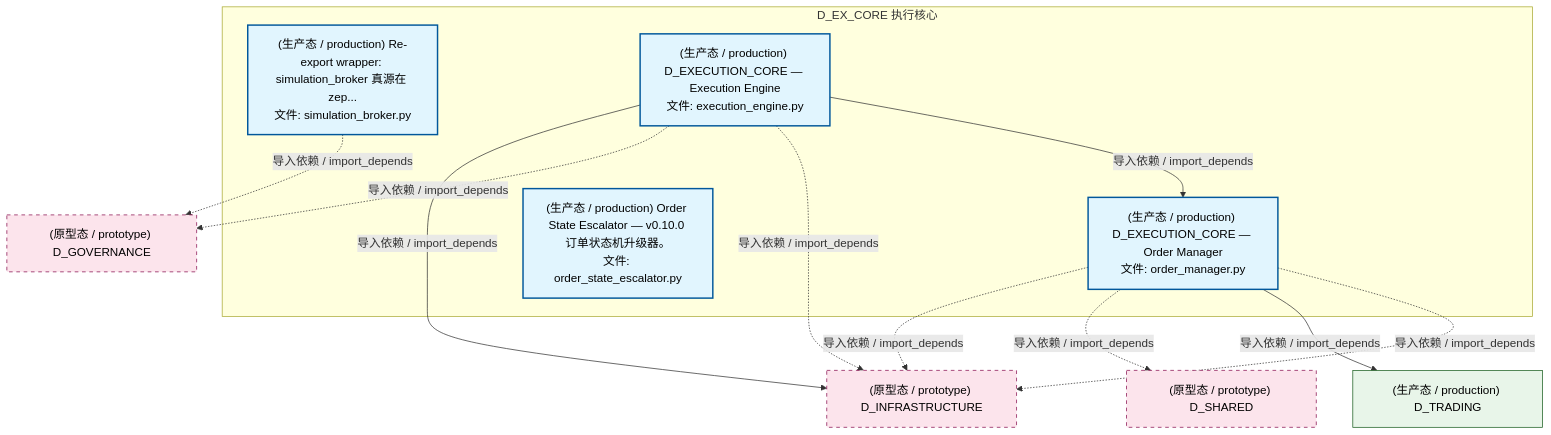
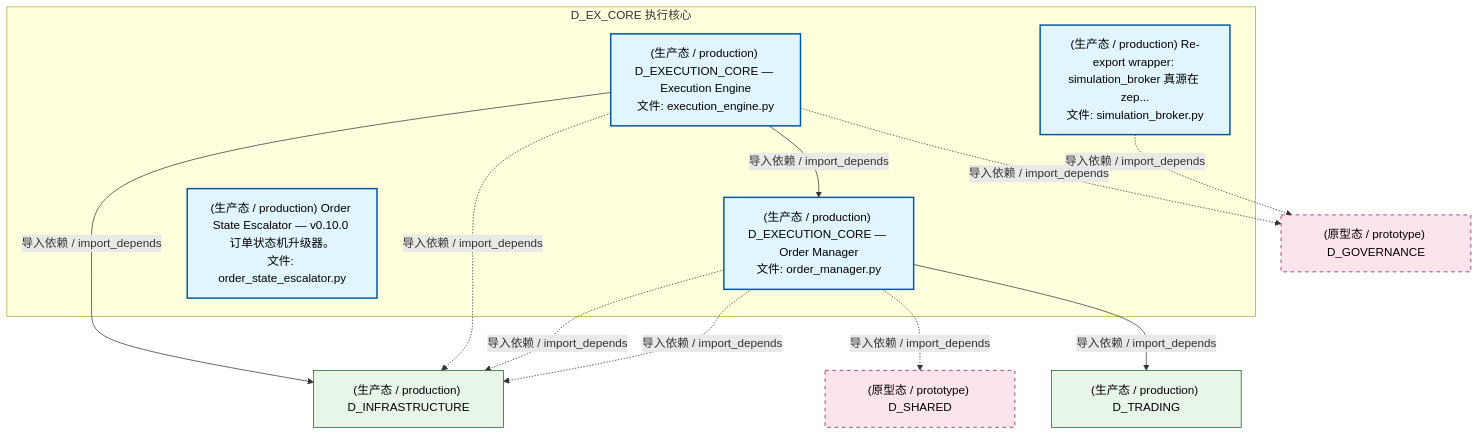
Before and after one commit to xuanFelixVan/ZephyrAlpha: the second of 5 diagrams in docs/02_enterprise_architecture/02_domain_architecture_docs/34_d_ex_core.md, drawn with Mermaid. The commit also changed other lines of this file and 99 other files, not shown here.

````diff
--- a/docs/02_enterprise_architecture/02_domain_architecture_docs/34_d_ex_core.md
+++ b/docs/02_enterprise_architecture/02_domain_architecture_docs/34_d_ex_core.md
@@ -126,29 +126,29 @@
 ```mermaid
 graph TD
     subgraph D_EX_CORE["D_EX_CORE 执行核心"]
         src_zephyr_ex_core_adapters_simulation_broker_py["(生产态 / production) Re-export wrapper: simulation_broker 真源在 zep...<br/>文件: simulation_broker.py"]
         src_zephyr_ex_core_execution_engine_py["(生产态 / production) D_EXECUTION_CORE — Execution Engine<br/>文件: execution_engine.py"]
         src_zephyr_ex_core_order_manager_py["(生产态 / production) D_EXECUTION_CORE — Order Manager<br/>文件: order_manager.py"]
         src_zephyr_governance_escalation_order_state_escalator_py["(生产态 / production) Order State Escalator — v0.10.0 订单状态机升级器。<br/>文件: order_state_escalator.py"]
     end
     src_zephyr_ex_core_execution_engine_py -->|导入依赖 / import_depends| src_zephyr_ex_core_order_manager_py
+    D_INFRASTRUCTURE["(生产态 / production) D_INFRASTRUCTURE"]
+    src_zephyr_ex_core_execution_engine_py -->|导入依赖 / import_depends| D_INFRASTRUCTURE
     D_GOVERNANCE["(原型态 / prototype) D_GOVERNANCE"]
-    src_zephyr_ex_core_adapters_simulation_broker_py -.->|导入依赖 / import_depends| D_GOVERNANCE
-    D_INFRASTRUCTURE["(原型态 / prototype) D_INFRASTRUCTURE"]
+    src_zephyr_ex_core_execution_engine_py -.->|导入依赖 / import_depends| D_GOVERNANCE
+    src_zephyr_ex_core_execution_engine_py -.->|导入依赖 / import_depends| D_INFRASTRUCTURE
     src_zephyr_ex_core_order_manager_py -.->|导入依赖 / import_depends| D_INFRASTRUCTURE
+    D_SHARED["(原型态 / prototype) D_SHARED"]
+    src_zephyr_ex_core_order_manager_py -.->|导入依赖 / import_depends| D_SHARED
     D_TRADING["(生产态 / production) D_TRADING"]
     src_zephyr_ex_core_order_manager_py -->|导入依赖 / import_depends| D_TRADING
-    D_SHARED["(原型态 / prototype) D_SHARED"]
-    src_zephyr_ex_core_order_manager_py -.->|导入依赖 / import_depends| D_SHARED
     src_zephyr_ex_core_order_manager_py -.->|导入依赖 / import_depends| D_INFRASTRUCTURE
-    src_zephyr_ex_core_execution_engine_py -.->|导入依赖 / import_depends| D_INFRASTRUCTURE
-    src_zephyr_ex_core_execution_engine_py -.->|导入依赖 / import_depends| D_GOVERNANCE
-    src_zephyr_ex_core_execution_engine_py -->|导入依赖 / import_depends| D_INFRASTRUCTURE
+    src_zephyr_ex_core_adapters_simulation_broker_py -.->|导入依赖 / import_depends| D_GOVERNANCE
     classDef production fill:#e1f5fe,stroke:#01579b,stroke-width:2px,color:#000
     classDef design fill:#fff3e0,stroke:#e65100,stroke-width:2px,color:#000,stroke-dasharray: 5 5
     classDef external_prod fill:#e8f5e9,stroke:#1b5e20,stroke-width:1px,color:#000
     classDef external_design fill:#fce4ec,stroke:#880e4f,stroke-width:1px,color:#000,stroke-dasharray: 5 5
     class src_zephyr_ex_core_adapters_simulation_broker_py,src_zephyr_ex_core_execution_engine_py,src_zephyr_ex_core_order_manager_py,src_zephyr_governance_escalation_order_state_escalator_py production
-    class D_TRADING external_prod
-    class D_GOVERNANCE,D_INFRASTRUCTURE,D_SHARED external_design
+    class D_INFRASTRUCTURE,D_TRADING external_prod
+    class D_GOVERNANCE,D_SHARED external_design
 ```
````
